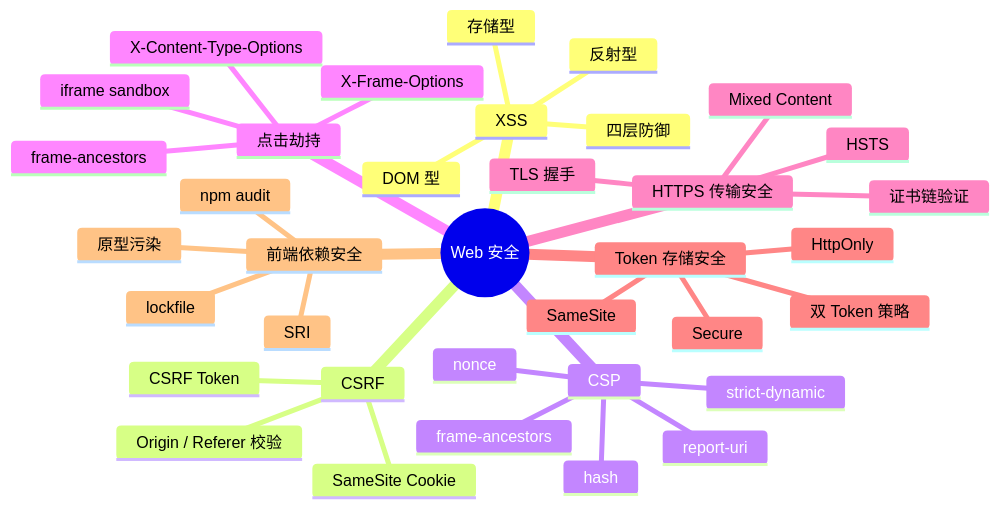
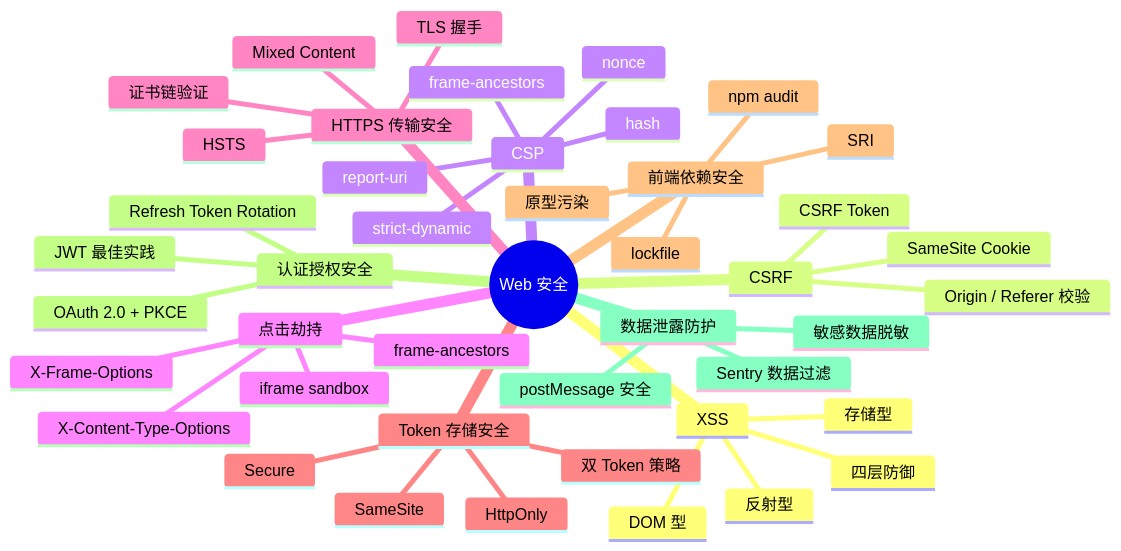
One commit to zjh42139/interview-notes changed the first of 2 diagrams in docs/浏览器/安全/index.md. Above: the diagram before and after it, drawn with Mermaid. The commit also changed other lines of this file and 1 other file, not shown here.

Commit message:
fix: 浏览器安全模块 2 个孤立文件补入口
- sidebar +auth-security +data-leak-postmessage 条目
- 安全/index.md 学习顺序+表格+mindmap 补齐
- 0 孤立文件

````diff
--- a/docs/浏览器/安全/index.md
+++ b/docs/浏览器/安全/index.md
@@ -17,39 +17,47 @@
 ```mermaid
 mindmap
   root((Web 安全))
     XSS
       反射型
       存储型
       DOM 型
       四层防御
     CSRF
       SameSite Cookie
       CSRF Token
       Origin / Referer 校验
     CSP
       nonce
       hash
       strict-dynamic
       frame-ancestors
       report-uri
     点击劫持
       X-Frame-Options
       frame-ancestors
       iframe sandbox
       X-Content-Type-Options
     HTTPS 传输安全
       HSTS
       证书链验证
       Mixed Content
       TLS 握手
     Token 存储安全
       HttpOnly
       Secure
       SameSite
       双 Token 策略
     前端依赖安全
       SRI
       npm audit
       原型污染
       lockfile
+    认证授权安全
+      JWT 最佳实践
+      OAuth 2.0 + PKCE
+      Refresh Token Rotation
+    数据泄露防护
+      敏感数据脱敏
+      Sentry 数据过滤
+      postMessage 安全
 ```
````
